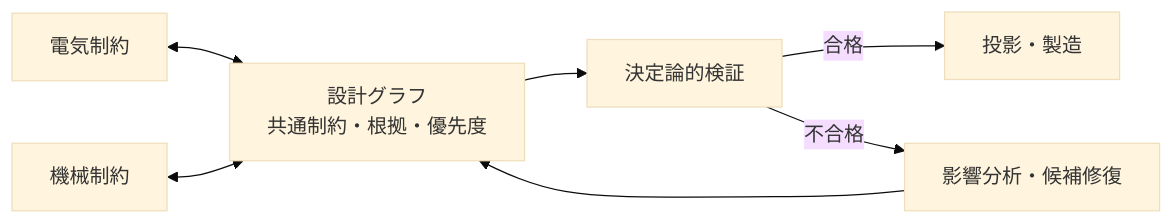
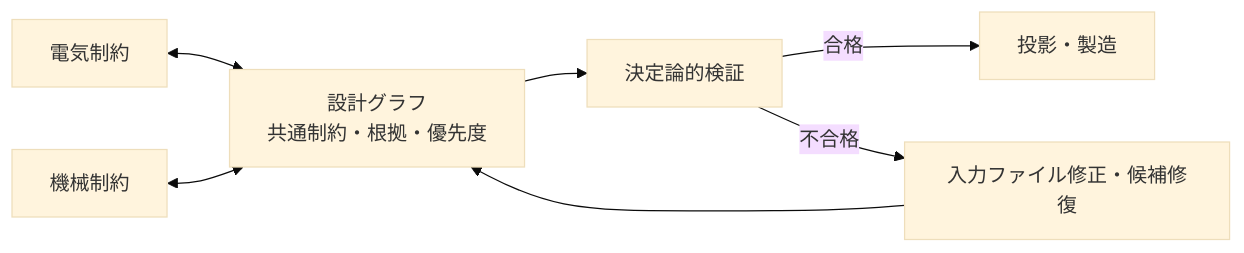
One commit to uist1idrju3i/acd-agent changed the second of 2 diagrams in docs/design-flow.md. Above: the diagram before and after it, drawn with Mermaid (base theme). The commit also changed other lines of this file and 12 other files, not shown here.

````diff
--- a/docs/design-flow.md
+++ b/docs/design-flow.md
@@ -264,9 +264,9 @@
 ```mermaid
 flowchart LR
     E["電気制約"] <--> C["設計グラフ<br/>共通制約・根拠・優先度"]
     M["機械制約"] <--> C
     C --> V["決定論的検証"]
     V -->|合格| O["投影・製造"]
-    V -->|不合格| R["影響分析・候補修復"]
+    V -->|不合格| R["入力ファイル修正・候補修復"]
     R --> C
 ```
````
